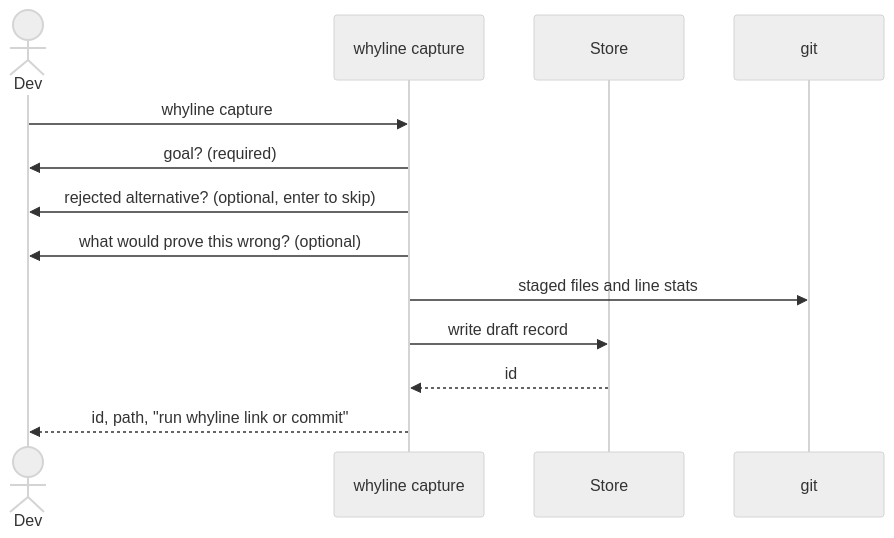
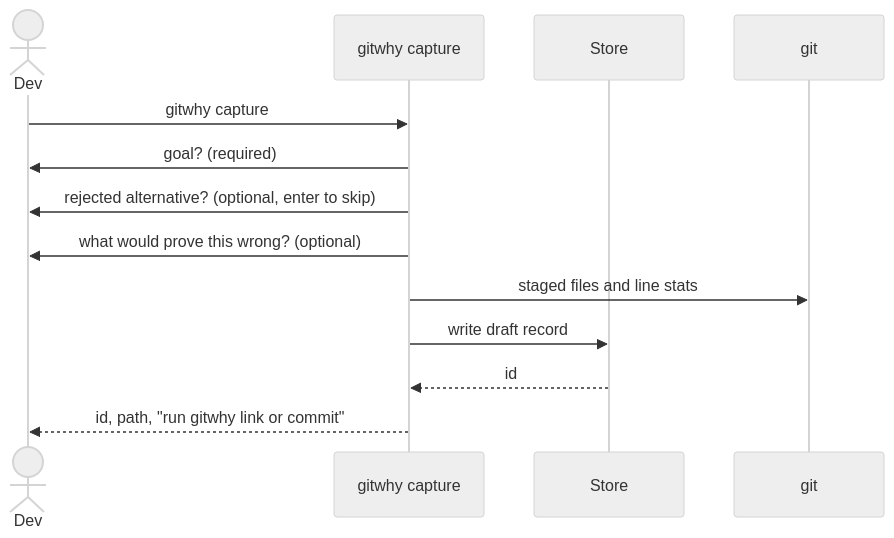
Before and after one commit to sabadia/gitwhy: the second of 2 diagrams in docs/02-architecture.md, drawn with Mermaid (neutral theme). The commit also changed other lines of this file and 169 other files, not shown here.

````diff
--- a/docs/02-architecture.md
+++ b/docs/02-architecture.md
@@ -130,16 +130,16 @@
 ```mermaid
 sequenceDiagram
   actor Dev
-  participant CLI as whyline capture
+  participant CLI as gitwhy capture
   participant Store
   participant Git as git
 
-  Dev->>CLI: whyline capture
+  Dev->>CLI: gitwhy capture
   CLI->>Dev: goal? (required)
   CLI->>Dev: rejected alternative? (optional, enter to skip)
   CLI->>Dev: what would prove this wrong? (optional)
   CLI->>Git: staged files and line stats
   CLI->>Store: write draft record
   Store-->>CLI: id
-  CLI-->>Dev: id, path, "run whyline link or commit"
+  CLI-->>Dev: id, path, "run gitwhy link or commit"
 ```
````
